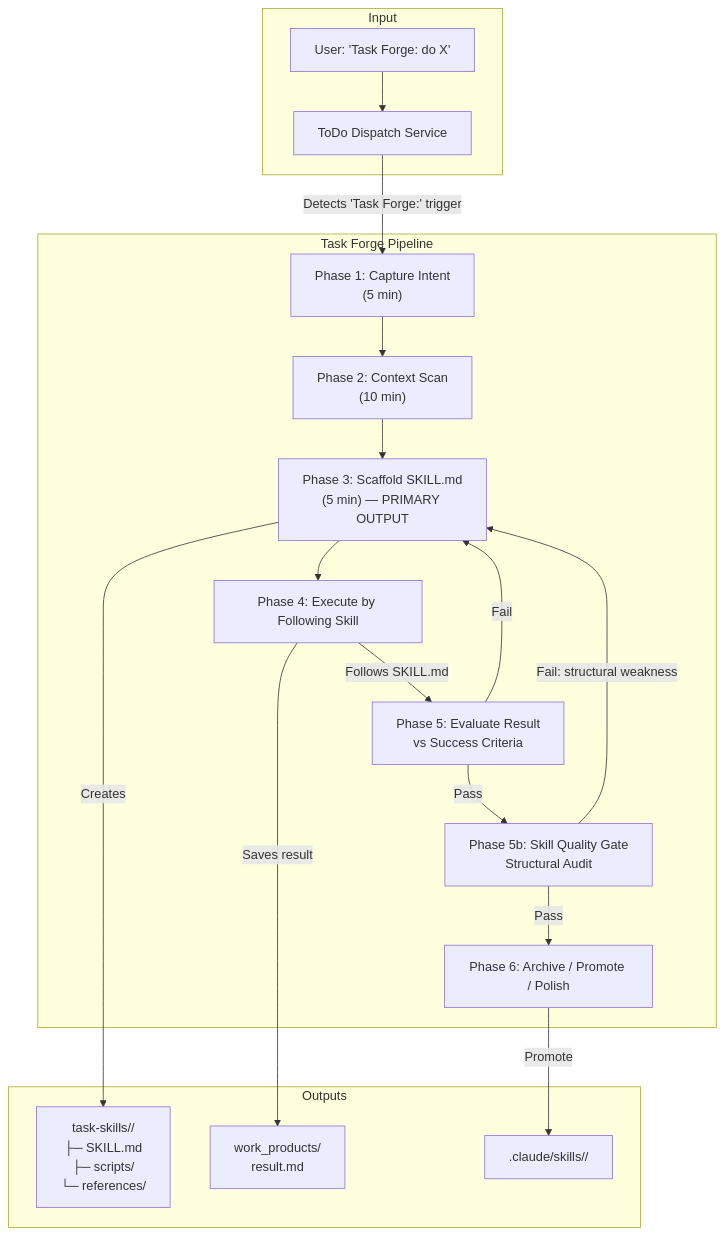
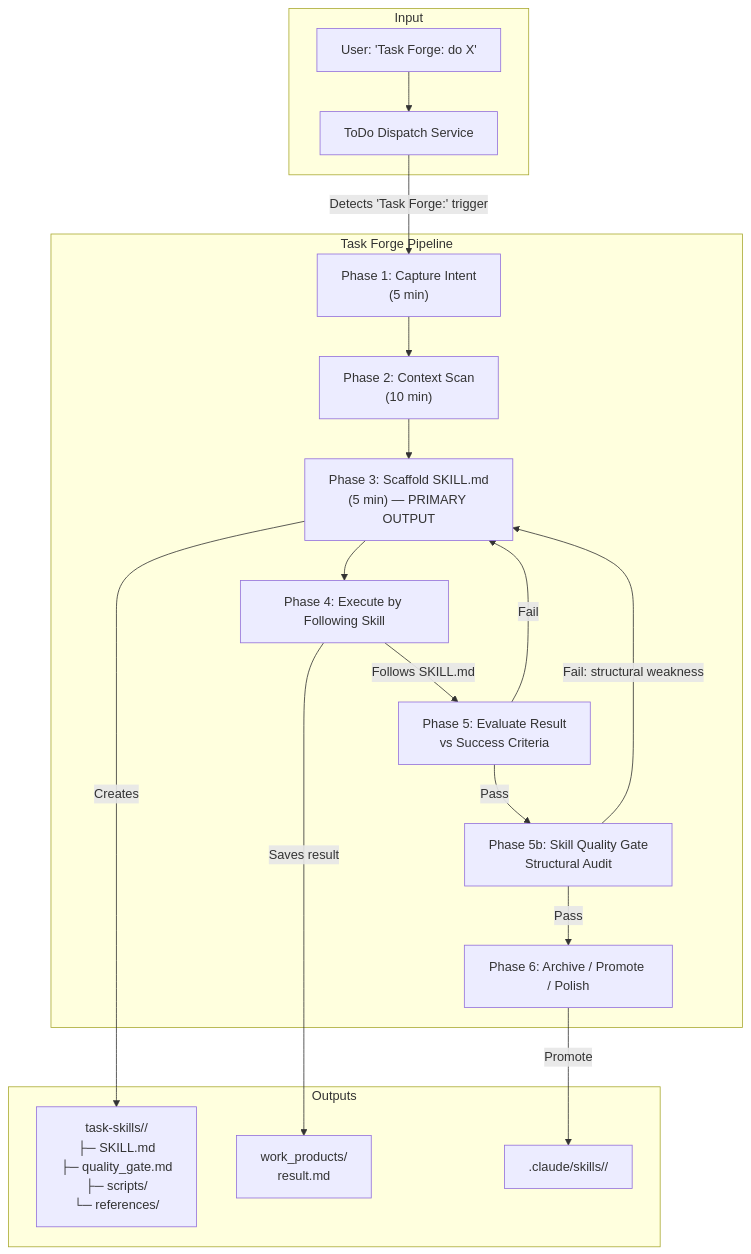
One commit to Kjdragan/universal_agent changed the first of 2 diagrams in docs/03_Operations/119_Task_Forge_Autonomous_Skill_Generation_Pipeline_2026-04-19.md. Above: the diagram before and after it, drawn with Mermaid. The commit also changed other lines of this file and 3 other files, not shown here.

First line of the commit message:
fix: heredoc regex + enforceable quality gate + docs update

````diff
--- a/docs/03_Operations/119_Task_Forge_Autonomous_Skill_Generation_Pipeline_2026-04-19.md
+++ b/docs/03_Operations/119_Task_Forge_Autonomous_Skill_Generation_Pipeline_2026-04-19.md
@@ -41,36 +41,36 @@
 ```mermaid
 flowchart TB
     subgraph Input
         USER["User: 'Task Forge: do X'"]
         TODO["ToDo Dispatch Service"]
     end
 
     subgraph TaskForge["Task Forge Pipeline"]
         P1["Phase 1: Capture Intent<br/>(5 min)"]
         P2["Phase 2: Context Scan<br/>(10 min)"]
         P3["Phase 3: Scaffold SKILL.md<br/>(5 min) — PRIMARY OUTPUT"]
         P4["Phase 4: Execute by Following Skill"]
         P5["Phase 5: Evaluate Result<br/>vs Success Criteria"]
         P5b["Phase 5b: Skill Quality Gate<br/>Structural Audit"]
         P6["Phase 6: Archive / Promote / Polish"]
     end
 
     subgraph Outputs
-        TASK_SKILL["task-skills/<name>/<br/>├─ SKILL.md<br/>├─ scripts/<br/>└─ references/"]
+        TASK_SKILL["task-skills/<name>/<br/>├─ SKILL.md<br/>├─ quality_gate.md<br/>├─ scripts/<br/>└─ references/"]
         WORK_PRODUCT["work_products/<br/>result.md"]
         PERM_SKILL[".claude/skills/<name>/"]
     end
 
     USER --> TODO
     TODO -->|"Detects 'Task Forge:' trigger"| P1
     P1 --> P2 --> P3
     P3 -->|"Creates"| TASK_SKILL
     P3 --> P4
     P4 -->|"Follows SKILL.md"| P5
     P4 -->|"Saves result"| WORK_PRODUCT
     P5 -->|"Pass"| P5b
     P5 -->|"Fail"| P3
     P5b -->|"Pass"| P6
     P5b -->|"Fail: structural weakness"| P3
     P6 -->|"Promote"| PERM_SKILL
 ```
````
